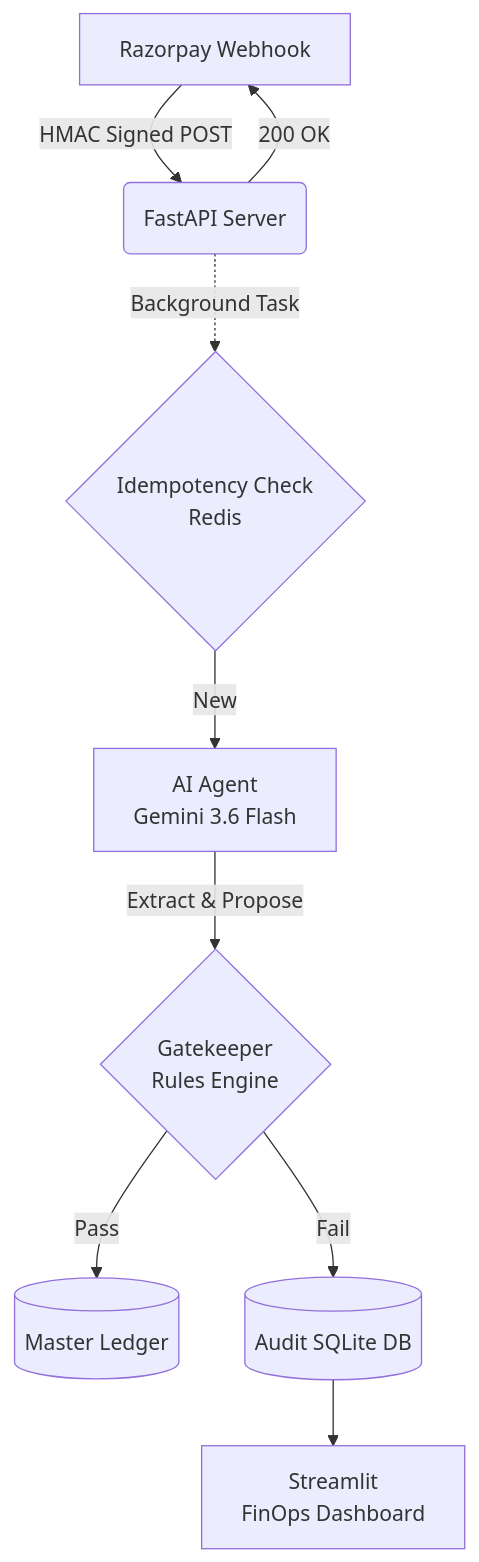
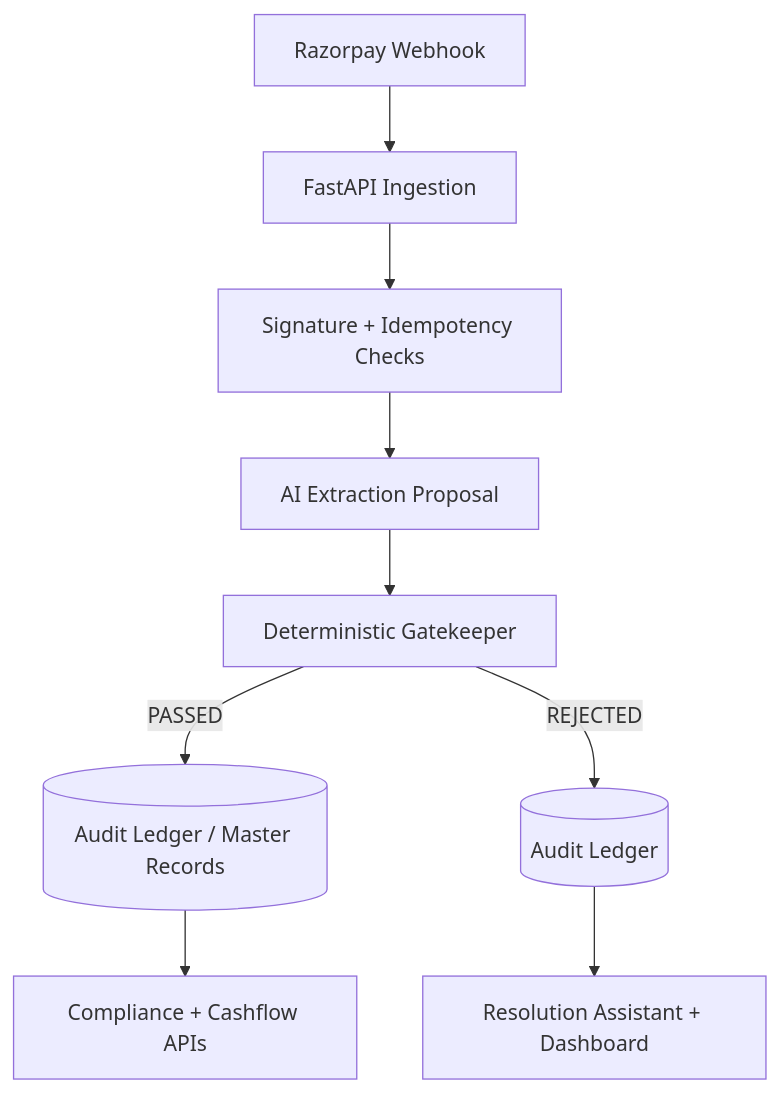
The diagram in README.md (TaranSuratwala/AI-Finance-Controller), drawn with Mermaid before and after one commit. The commit also changed other lines of this file, not shown here.

Commit message:
docs: modernize README for production-hardened architecture

````diff
--- a/README.md
+++ b/README.md
@@ -25,11 +30,11 @@
 ```mermaid
 graph TD
-    A[Razorpay Webhook] -->|HMAC Signed POST| B(FastAPI Server)
-    B -->|200 OK| A
-    B -.->|Background Task| C{Idempotency Check <br/> Redis}
-    C -->|New| D[AI Agent <br/> Gemini 3.6 Flash]
-    D -->|Extract & Propose| E{Gatekeeper <br/> Rules Engine}
-    E -->|Pass| F[(Master Ledger)]
-    E -->|Fail| G[(Audit SQLite DB)]
-    G --> H[Streamlit <br/> FinOps Dashboard]
+    A[Razorpay Webhook] --> B[FastAPI Ingestion]
+    B --> C[Signature + Idempotency Checks]
+    C --> D[AI Extraction Proposal]
+    D --> E[Deterministic Gatekeeper]
+    E -->|PASSED| F[(Audit Ledger / Master Records)]
+    E -->|REJECTED| G[(Audit Ledger)]
+    F --> H[Compliance + Cashflow APIs]
+    G --> I[Resolution Assistant + Dashboard]
 ```
````
